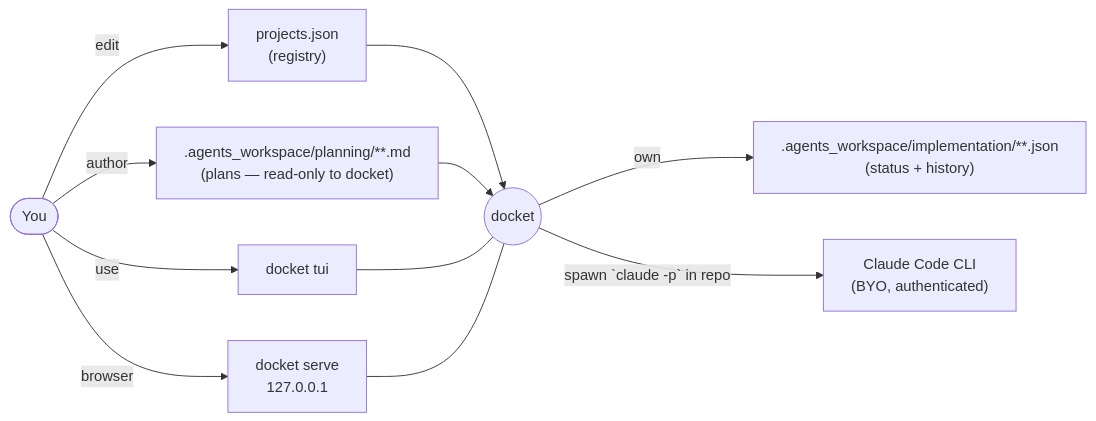
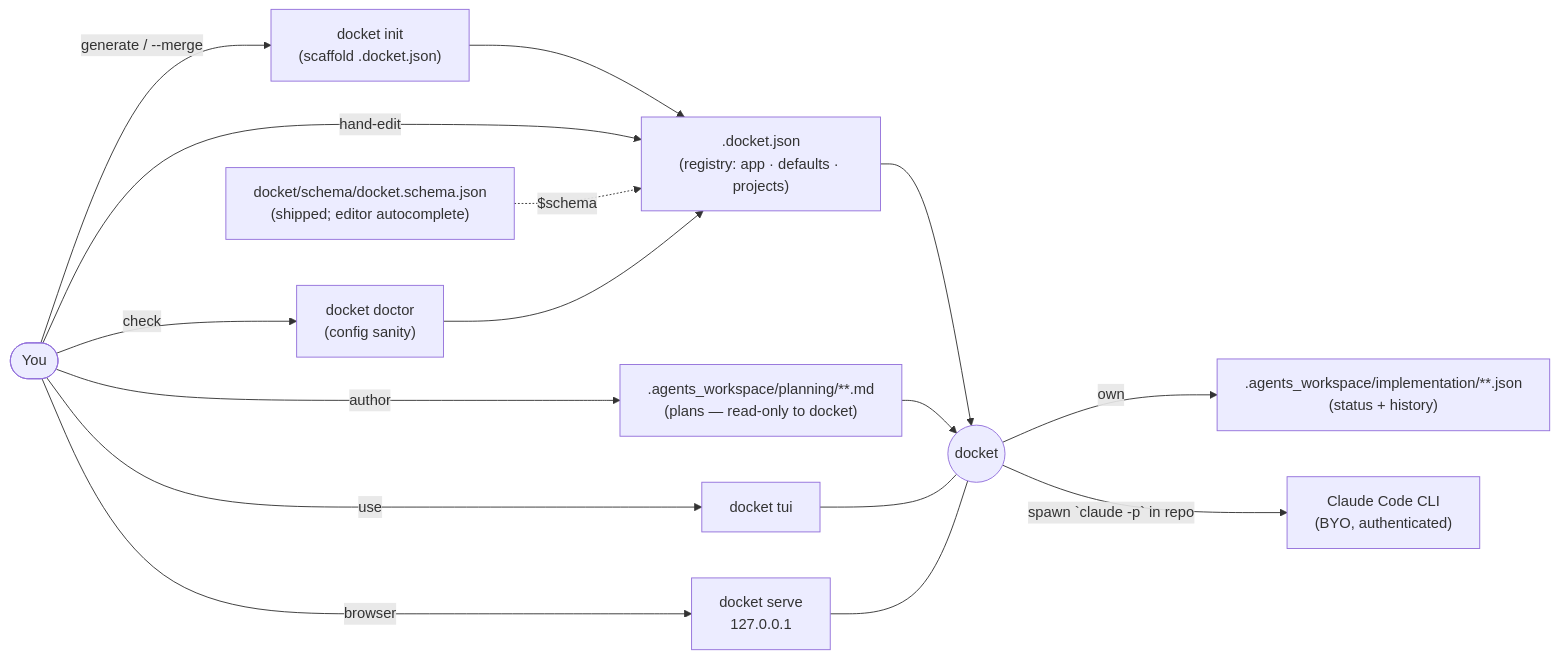
Before and after one commit to cheneeheng/docket: the first of 5 diagrams in .agents_workspace/ARCHITECTURE.md, drawn with Mermaid. The commit also changed other lines of this file and 30 other files, not shown here.

First line of the commit message:
feat(config): layered registry with init/doctor and JSON schema

````diff
--- a/.agents_workspace/ARCHITECTURE.md
+++ b/.agents_workspace/ARCHITECTURE.md
@@ -11,14 +11,19 @@
 ```mermaid
 flowchart LR
-    you([You]) -->|edit| registry["projects.json<br/>(registry)"]
+    you([You]) -->|generate / --merge| init["docket init<br/>(scaffold .docket.json)"]
+    init --> registry[".docket.json<br/>(registry: app · defaults · projects)"]
+    you -->|hand-edit| registry
+    you -->|check| doctor["docket doctor<br/>(config sanity)"]
     you -->|author| plans[".agents_workspace/planning/**.md<br/>(plans — read-only to docket)"]
     you -->|use| tui["docket tui"]
     you -->|browser| server["docket serve<br/>127.0.0.1"]
 
+    schema["docket/schema/docket.schema.json<br/>(shipped; editor autocomplete)"] -. $schema .-> registry
     registry --> docket((docket))
+    doctor --> registry
     plans --> docket
     tui --- docket
     server --- docket
     docket -->|own| sidecar[".agents_workspace/implementation/**.json<br/>(status + history)"]
     docket -->|spawn `claude -p` in repo| cc["Claude Code CLI<br/>(BYO, authenticated)"]
 ```
````
